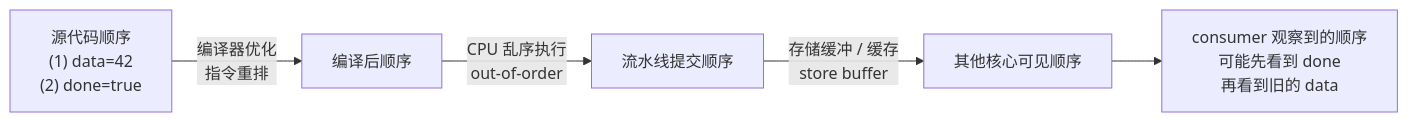
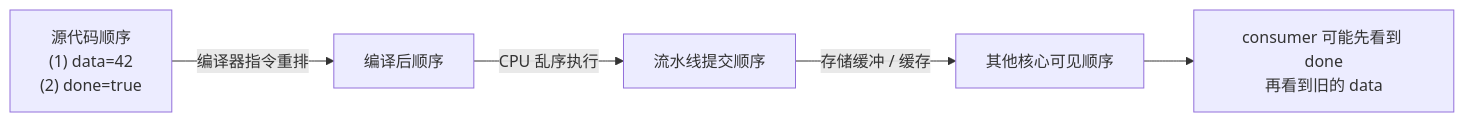
Before and after one commit to golang-design/under-the-hood: the first of 3 diagrams in book/zh-cn/part1basic/ch05sync/mem.md, drawn with Mermaid. The commit also changed other lines of this file, not shown here.

````diff
--- a/book/zh-cn/part1basic/ch05sync/mem.md
+++ b/book/zh-cn/part1basic/ch05sync/mem.md
@@ -46,7 +60,7 @@
-{{< mermaid >}}
+```mermaid
 flowchart LR
-    SRC["源代码顺序<br/>(1) data=42<br/>(2) done=true"] -->|"编译器优化<br/>指令重排"| C["编译后顺序"]
-    C -->|"CPU 乱序执行<br/>out-of-order"| P["流水线提交顺序"]
-    P -->|"存储缓冲 / 缓存<br/>store buffer"| M["其他核心可见顺序"]
-    M --> OBS["consumer 观察到的顺序<br/>可能先看到 done<br/>再看到旧的 data"]
-{{< /mermaid >}}
+    SRC["源代码顺序<br/>(1) data=42<br/>(2) done=true"] -->|"编译器指令重排"| C["编译后顺序"]
+    C -->|"CPU 乱序执行"| P["流水线提交顺序"]
+    P -->|"存储缓冲 / 缓存"| M["其他核心可见顺序"]
+    M --> OBS["consumer 可能先看到 done<br/>再看到旧的 data"]
+```
````
